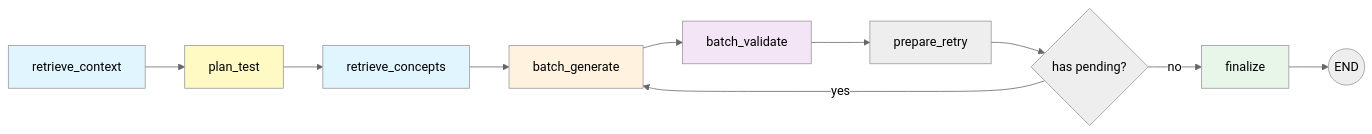
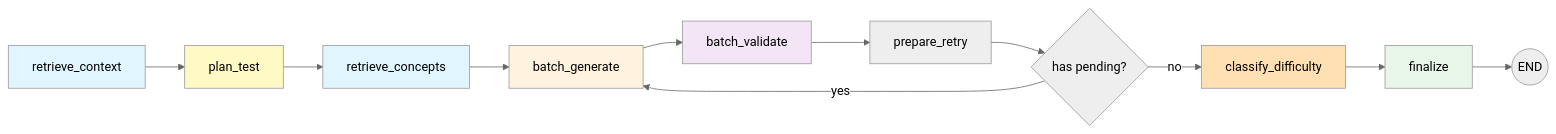
Before and after one commit to freger-ucu/ai-tutor: the second of 7 diagrams in backend/docs/architecture.md, drawn with Mermaid (neutral theme). The commit also changed other lines of this file and 2 other files, not shown here.

````diff
--- a/backend/docs/architecture.md
+++ b/backend/docs/architecture.md
@@ -72,19 +72,21 @@
 ```mermaid
 graph LR
     A[retrieve_context] --> B[plan_test]
     B --> C[retrieve_concepts]
     C --> D[batch_generate]
     D --> E[batch_validate]
     E --> F[prepare_retry]
     F --> G{has pending?}
     G -->|yes| D
-    G -->|no| H[finalize]
-    H --> I((END))
+    G -->|no| H[classify_difficulty]
+    H --> I[finalize]
+    I --> J((END))
 
     style A fill:#e1f5fe
     style B fill:#fff9c4
     style C fill:#e1f5fe
     style D fill:#fff3e0
     style E fill:#f3e5f5
-    style H fill:#e8f5e9
+    style H fill:#ffe0b2
+    style I fill:#e8f5e9
 ```
````
